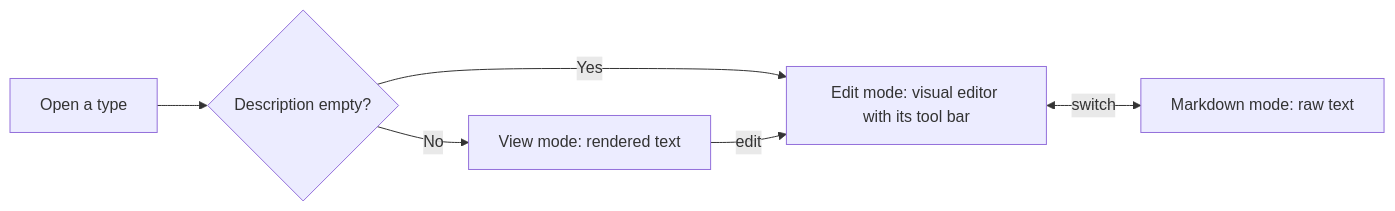
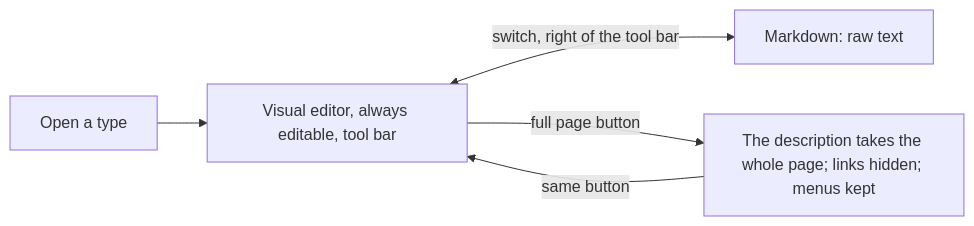
The second of 3 diagrams in metadata/03-documentation.md (AlexandreGallais/synoptic-studio-spec), drawn with Mermaid before and after one commit. The commit also changed other lines of this file and 12 other files, not shown here.

````diff
--- a/metadata/03-documentation.md
+++ b/metadata/03-documentation.md
@@ -43,8 +47,7 @@
 ```mermaid
 flowchart LR
-    O["Open a type"] --> C{"Description empty?"}
-    C -- "No" --> V["View mode: rendered text"]
-    C -- "Yes" --> E["Edit mode: visual editor with its tool bar"]
-    V -->|"edit"| E
-    E <-->|"switch"| M["Markdown mode: raw text"]
+    O["Open a type"] --> E["Visual editor, always editable, tool bar"]
+    E <-->|"switch, right of the tool bar"| M["Markdown: raw text"]
+    E -->|"full page button"| F["The description takes the whole page; links hidden; menus kept"]
+    F -->|"same button"| E
 ```
````
